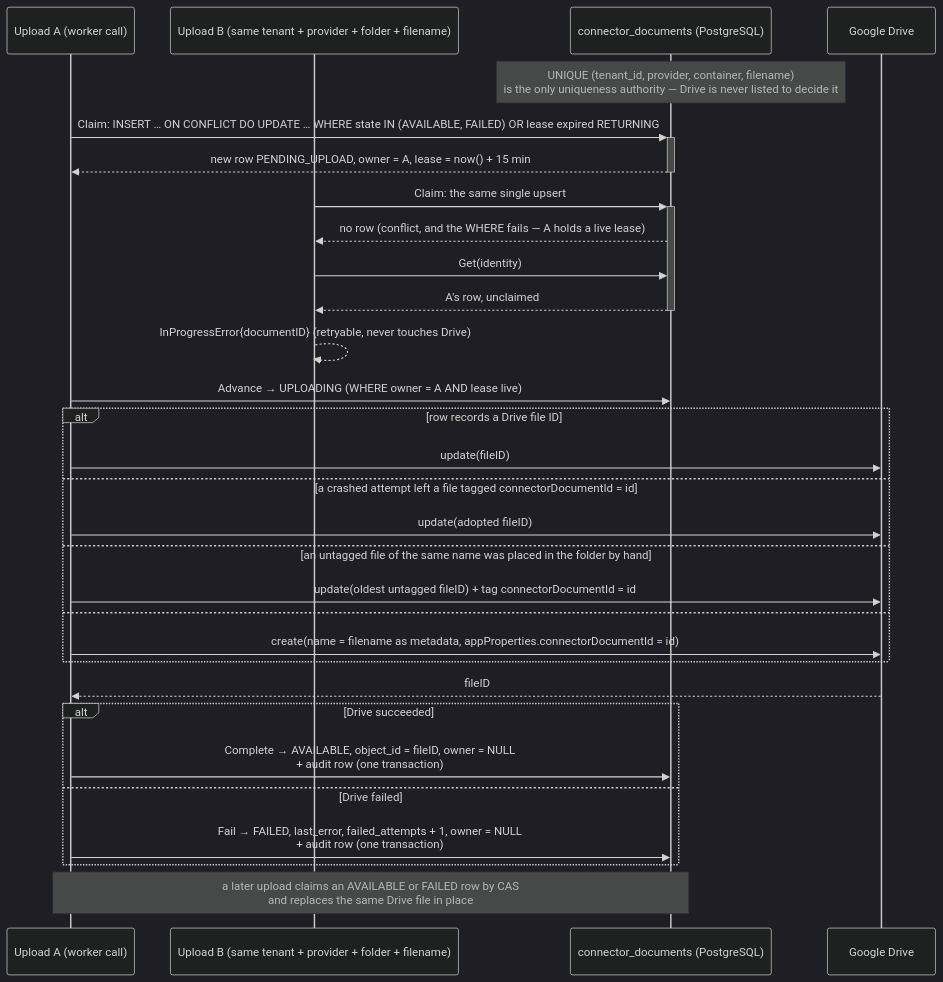
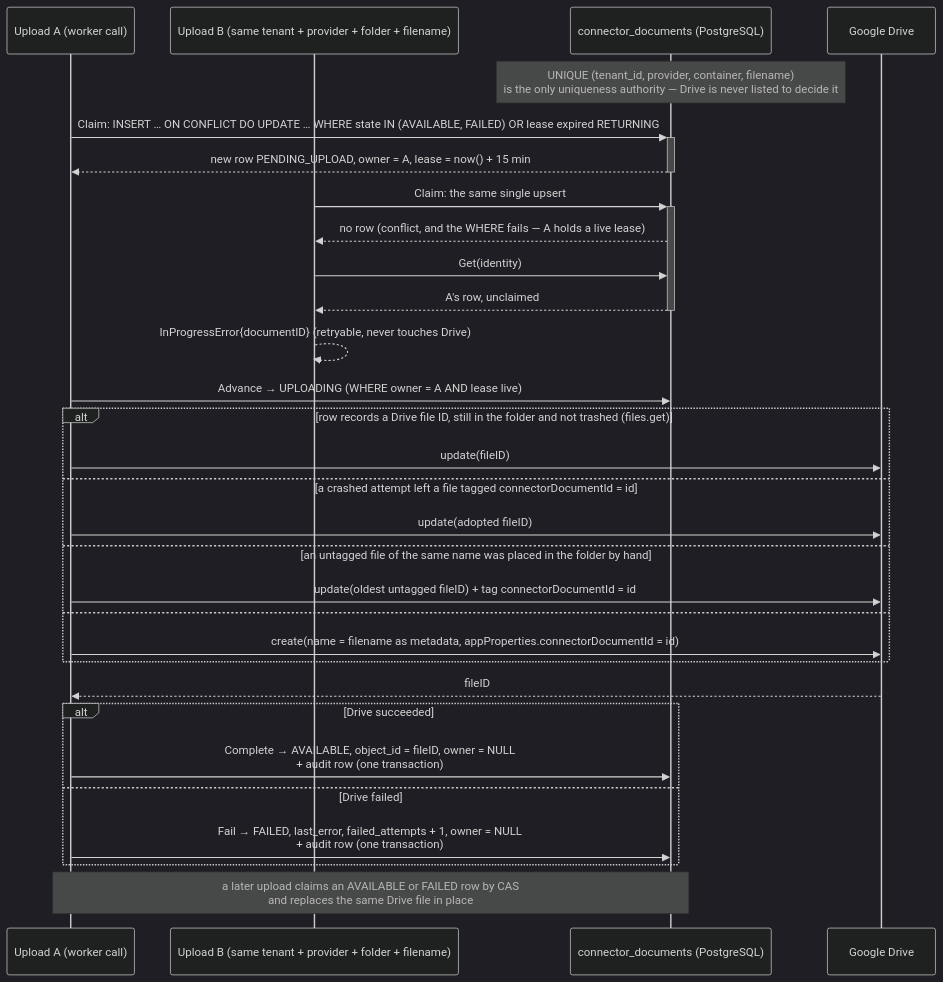
The fifth of 7 diagrams in ARCHITECTURE.md (BCBP-SOLUTIONS-FZC-LLC/workflow-connectors), drawn with Mermaid (dark theme) before and after one commit. The commit also changed other lines of this file and 143 other files, not shown here.

````diff
--- a/ARCHITECTURE.md
+++ b/ARCHITECTURE.md
@@ -303,36 +305,36 @@
 ```mermaid
 sequenceDiagram
     participant W1 as Upload A (worker call)
     participant W2 as Upload B (same tenant + provider + folder + filename)
     participant DB as connector_documents (PostgreSQL)
     participant D as Google Drive
 
     Note over DB: UNIQUE (tenant_id, provider, container, filename)<br/>is the only uniqueness authority — Drive is never listed to decide it
 
     W1 ->>+ DB: Claim: INSERT … ON CONFLICT DO UPDATE … WHERE state IN (AVAILABLE, FAILED) OR lease expired RETURNING
     DB -->>- W1: new row PENDING_UPLOAD, owner = A, lease = now() + 15 min
     W2 ->>+ DB: Claim: the same single upsert
     DB -->> W2: no row (conflict, and the WHERE fails — A holds a live lease)
     W2 ->> DB: Get(identity)
     DB -->>- W2: A's row, unclaimed
     W2 -->> W2: InProgressError{documentID} (retryable, never touches Drive)
 
     W1 ->> DB: Advance → UPLOADING (WHERE owner = A AND lease live)
-    alt row records a Drive file ID
+    alt row records a Drive file ID, still in the folder and not trashed (files.get)
         W1 ->> D: update(fileID)
     else a crashed attempt left a file tagged connectorDocumentId = id
         W1 ->> D: update(adopted fileID)
     else an untagged file of the same name was placed in the folder by hand
         W1 ->> D: update(oldest untagged fileID) + tag connectorDocumentId = id
     else
         W1 ->> D: create(name = filename as metadata, appProperties.connectorDocumentId = id)
     end
     D -->> W1: fileID
 
     alt Drive succeeded
         W1 ->> DB: Complete → AVAILABLE, object_id = fileID, owner = NULL<br/>+ audit row (one transaction)
     else Drive failed
         W1 ->> DB: Fail → FAILED, last_error, failed_attempts + 1, owner = NULL<br/>+ audit row (one transaction)
     end
     Note over W1,DB: a later upload claims an AVAILABLE or FAILED row by CAS<br/>and replaces the same Drive file in place
 ```
````
